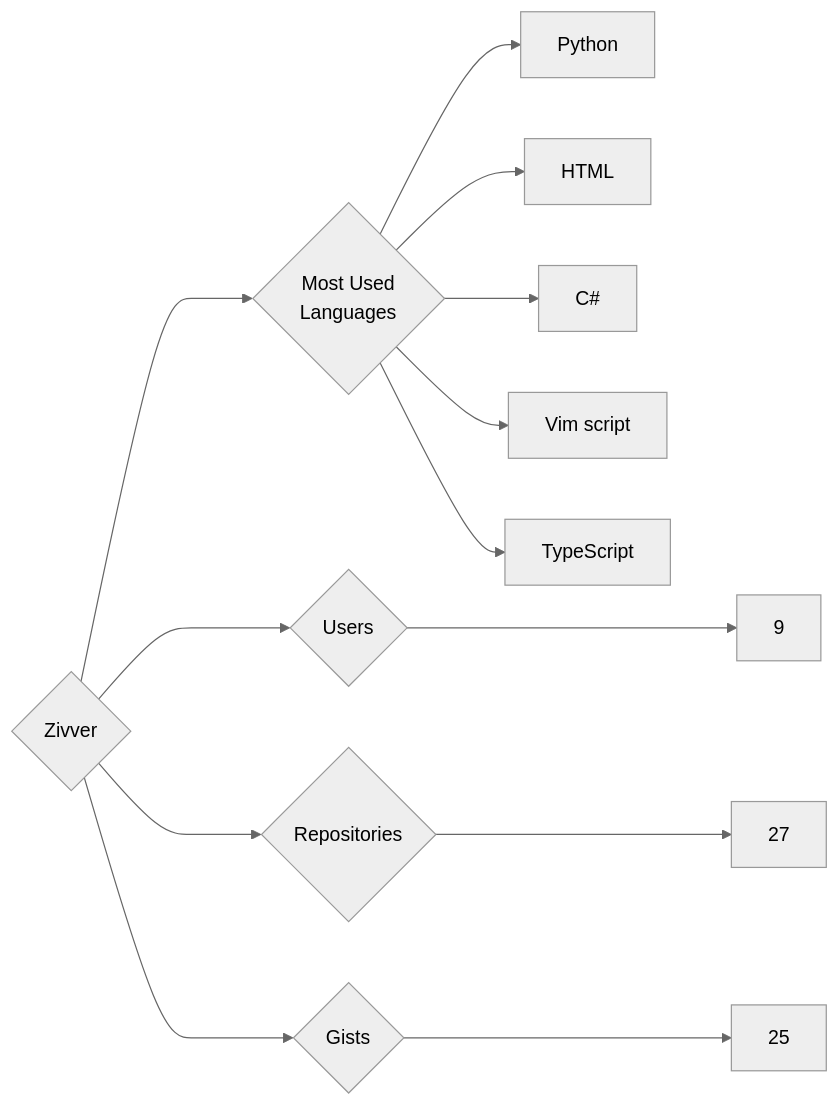
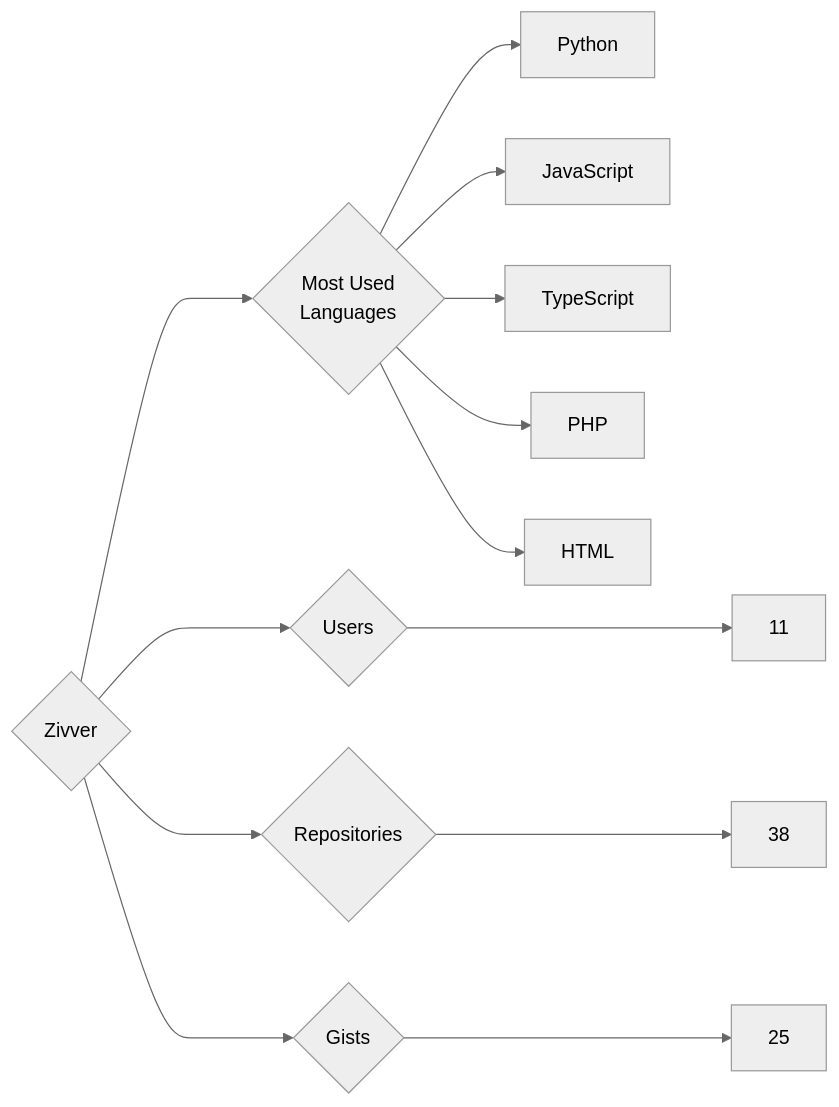
The diagram in targets/Zivver/README.md (trickest/insiders), drawn with Mermaid (neutral theme) before and after one commit. The commit also changed 895 other files, not shown here.

````diff
--- a/targets/Zivver/README.md
+++ b/targets/Zivver/README.md
@@ -3,13 +3,13 @@
 ```mermaid
 graph LR
 COMPANY_NAME{Zivver}
-COMPANY_NAME ---> U{Users} ---> UN[9]
-COMPANY_NAME ---> R{Repositories} ---> RN[27]
+COMPANY_NAME ---> U{Users} ---> UN[11]
+COMPANY_NAME ---> R{Repositories} ---> RN[38]
 COMPANY_NAME ---> G{Gists} ---> GN[25]
 COMPANY_NAME ---> ML{Most Used<br>Languages}
 ML --> Python[Python]
+ML --> JavaScript[JavaScript]
+ML --> TypeScript[TypeScript]
+ML --> PHP[PHP]
 ML --> HTML[HTML]
-ML --> C#[C#]
-ML --> Vim_script[Vim script]
-ML --> TypeScript[TypeScript]
 ```
````
